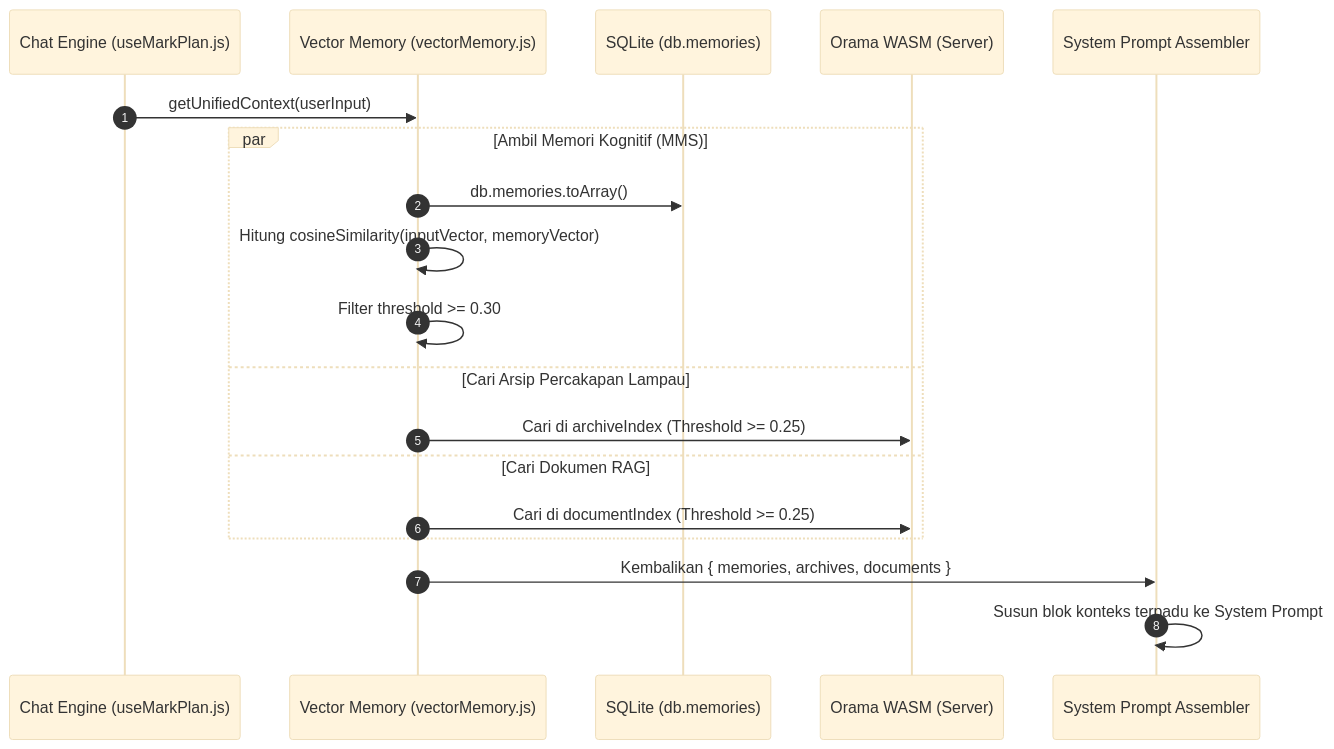
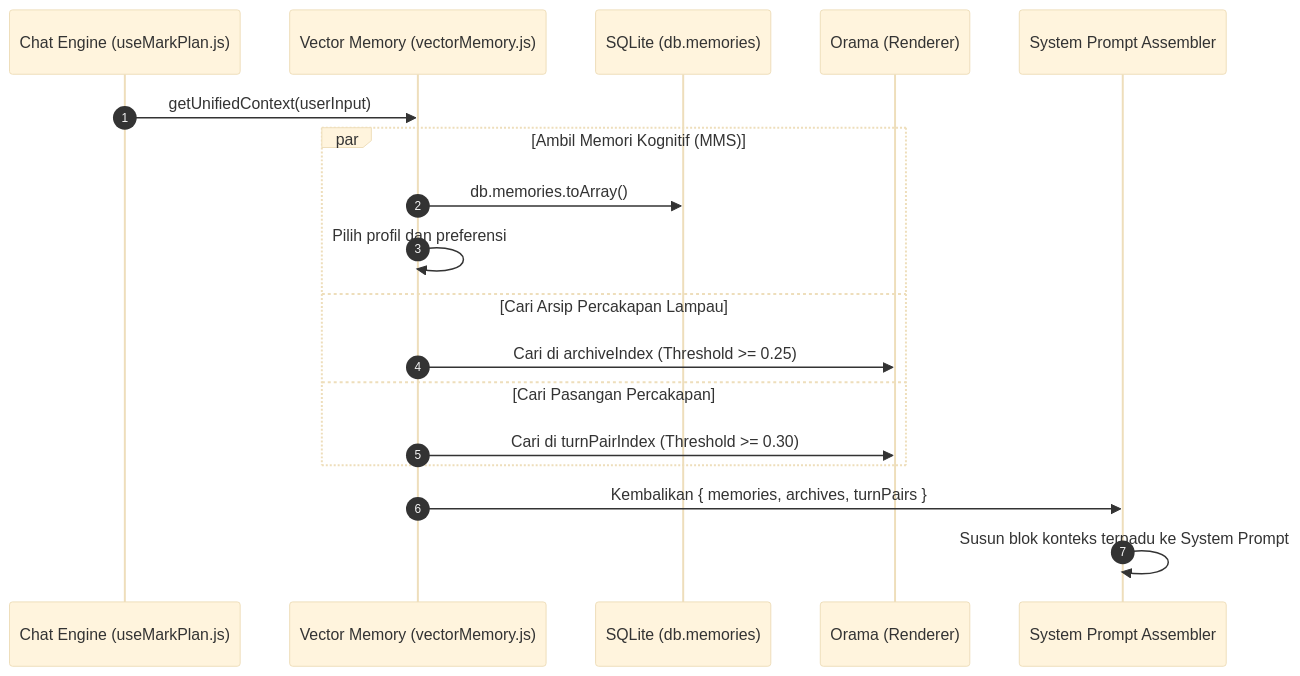
Before and after one commit to Mazees/mark-agent: the first of 2 diagrams in docs/02-architecture/search-and-memory.md, drawn with Mermaid (base theme). The commit also changed other lines of this file and 20 other files, not shown here.

````diff
--- a/docs/02-architecture/search-and-memory.md
+++ b/docs/02-architecture/search-and-memory.md
@@ -80,24 +83,23 @@
 ```mermaid
 sequenceDiagram
     autonumber
     participant UI as Chat Engine (useMarkPlan.js)
     participant VM as Vector Memory (vectorMemory.js)
     participant SQLite as SQLite (db.memories)
-    participant Orama as Orama WASM (Server)
+    participant Orama as Orama (Renderer)
     participant Prompt as System Prompt Assembler
 
     UI->>VM: getUnifiedContext(userInput)
 
     par Ambil Memori Kognitif (MMS)
         VM->>SQLite: db.memories.toArray()
-        VM->>VM: Hitung cosineSimilarity(inputVector, memoryVector)
-        VM->>VM: Filter threshold >= 0.30
+        VM->>VM: Pilih profil dan preferensi
     and Cari Arsip Percakapan Lampau
         VM->>Orama: Cari di archiveIndex (Threshold >= 0.25)
-    and Cari Dokumen RAG
-        VM->>Orama: Cari di documentIndex (Threshold >= 0.25)
+    and Cari Pasangan Percakapan
+        VM->>Orama: Cari di turnPairIndex (Threshold >= 0.30)
     end
 
-    VM->>Prompt: Kembalikan { memories, archives, documents }
+    VM->>Prompt: Kembalikan { memories, archives, turnPairs }
     Prompt->>Prompt: Susun blok konteks terpadu ke System Prompt
 ```
````
